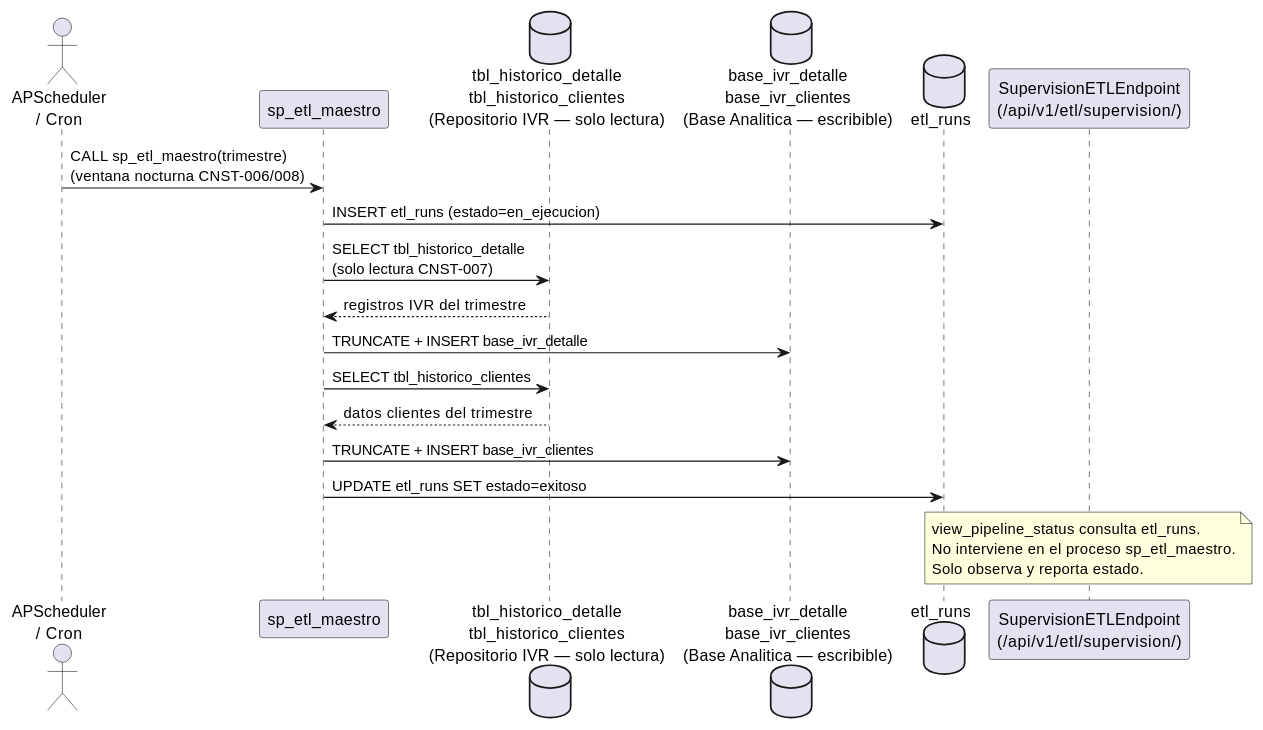
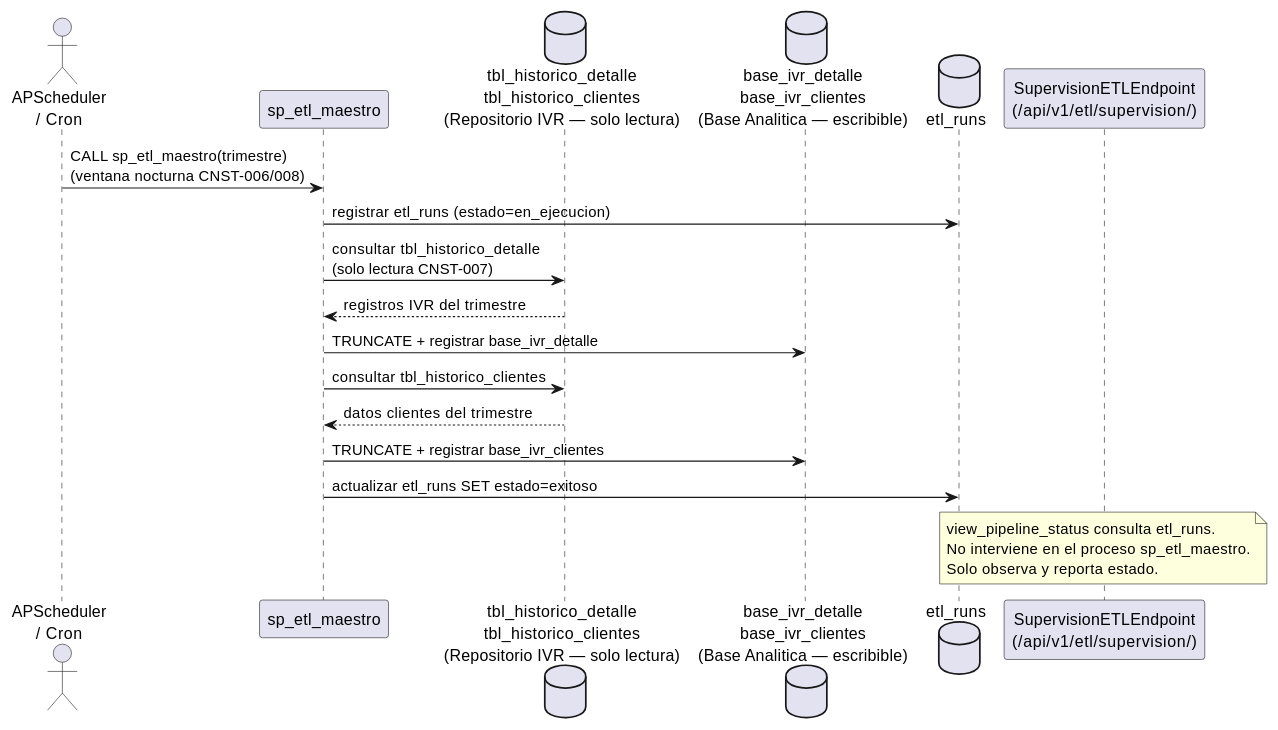
Before and after one commit to jcg-admin/IACT-docs: the diagram in source/arquitectura-tecnica/modulos/etl-monitoring/diagramas/flujo-etl-nocturno.rst, drawn with PlantUML. The commit also changed 48 other files, not shown here.

```diff
--- a/source/arquitectura-tecnica/modulos/etl-monitoring/diagramas/flujo-etl-nocturno.rst
+++ b/source/arquitectura-tecnica/modulos/etl-monitoring/diagramas/flujo-etl-nocturno.rst
@@ -22,29 +22,29 @@
 .. uml::
  :caption: Secuencia ETL nocturno con sp_etl_maestro sobre Almacen de Datos (CNST-006/008).
 
  @startuml
 
  actor "APScheduler\n/ Cron" as Apscheduler
  participant "sp_etl_maestro" as sp_etl_maestro
  database "tbl_historico_detalle\ntbl_historico_clientes\n(Repositorio IVR — solo lectura)" as tbl_historico_detalle
  database "base_ivr_detalle\nbase_ivr_clientes\n(Base Analitica — escribible)" as DEST
  database "etl_runs" as etl_runs
  participant "SupervisionETLEndpoint\n(/api/v1/etl/supervision/)" as Supervisionetlendpoint
 
  Apscheduler -> sp_etl_maestro : CALL sp_etl_maestro(trimestre)\n(ventana nocturna CNST-006/008)
- sp_etl_maestro -> etl_runs : INSERT etl_runs (estado=en_ejecucion)
- sp_etl_maestro -> tbl_historico_detalle : SELECT tbl_historico_detalle\n(solo lectura CNST-007)
+ sp_etl_maestro -> etl_runs : registrar etl_runs (estado=en_ejecucion)
+ sp_etl_maestro -> tbl_historico_detalle : consultar tbl_historico_detalle\n(solo lectura CNST-007)
  tbl_historico_detalle --> sp_etl_maestro : registros IVR del trimestre
- sp_etl_maestro -> DEST : TRUNCATE + INSERT base_ivr_detalle
- sp_etl_maestro -> tbl_historico_detalle : SELECT tbl_historico_clientes
+ sp_etl_maestro -> DEST : TRUNCATE + registrar base_ivr_detalle
+ sp_etl_maestro -> tbl_historico_detalle : consultar tbl_historico_clientes
  tbl_historico_detalle --> sp_etl_maestro : datos clientes del trimestre
- sp_etl_maestro -> DEST : TRUNCATE + INSERT base_ivr_clientes
- sp_etl_maestro -> etl_runs : UPDATE etl_runs SET estado=exitoso
+ sp_etl_maestro -> DEST : TRUNCATE + registrar base_ivr_clientes
+ sp_etl_maestro -> etl_runs : actualizar etl_runs SET estado=exitoso
 
  note over Supervisionetlendpoint
    view_pipeline_status consulta etl_runs.
    No interviene en el proceso sp_etl_maestro.
    Solo observa y reporta estado.
  end note
 
  @enduml
```
